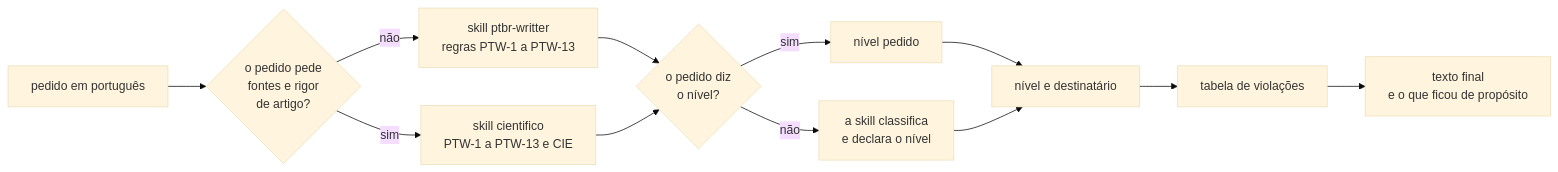
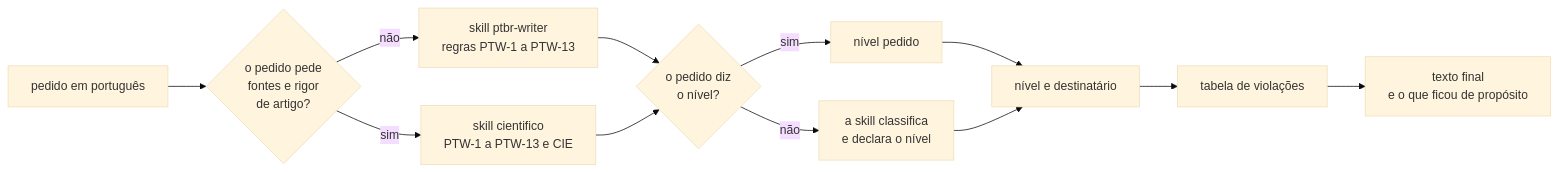
One commit to h0ffmann/ptbr-writer changed the diagram in README.md. Above: the diagram before and after it, drawn with Mermaid (base theme). The commit also changed other lines of this file and 47 other files, not shown here.

First line of the commit message:
refactor: ptbr-writter vira ptbr-writer em tudo; versão 0.2.0

````diff
--- a/README.md
+++ b/README.md
@@ -27,16 +27,16 @@
 ```mermaid
 %% figure: pedido-ate-texto-final
 %% title: O que acontece com um pedido de escrita em português?
 flowchart LR
     A["pedido em português"] --> B{"o pedido pede<br/>fontes e rigor<br/>de artigo?"}
-    B -- "não" --> C["skill ptbr-writter<br/>regras PTW-1 a PTW-13"]
+    B -- "não" --> C["skill ptbr-writer<br/>regras PTW-1 a PTW-13"]
     B -- "sim" --> D["skill cientifico<br/>PTW-1 a PTW-13 e CIE"]
     C --> E{"o pedido diz<br/>o nível?"}
     D --> E
     E -- "sim" --> F["nível pedido"]
     E -- "não" --> G["a skill classifica<br/>e declara o nível"]
     F --> H["nível e destinatário"]
     G --> H
     H --> I["tabela de violações"]
     I --> J["texto final<br/>e o que ficou de propósito"]
 ```
````
